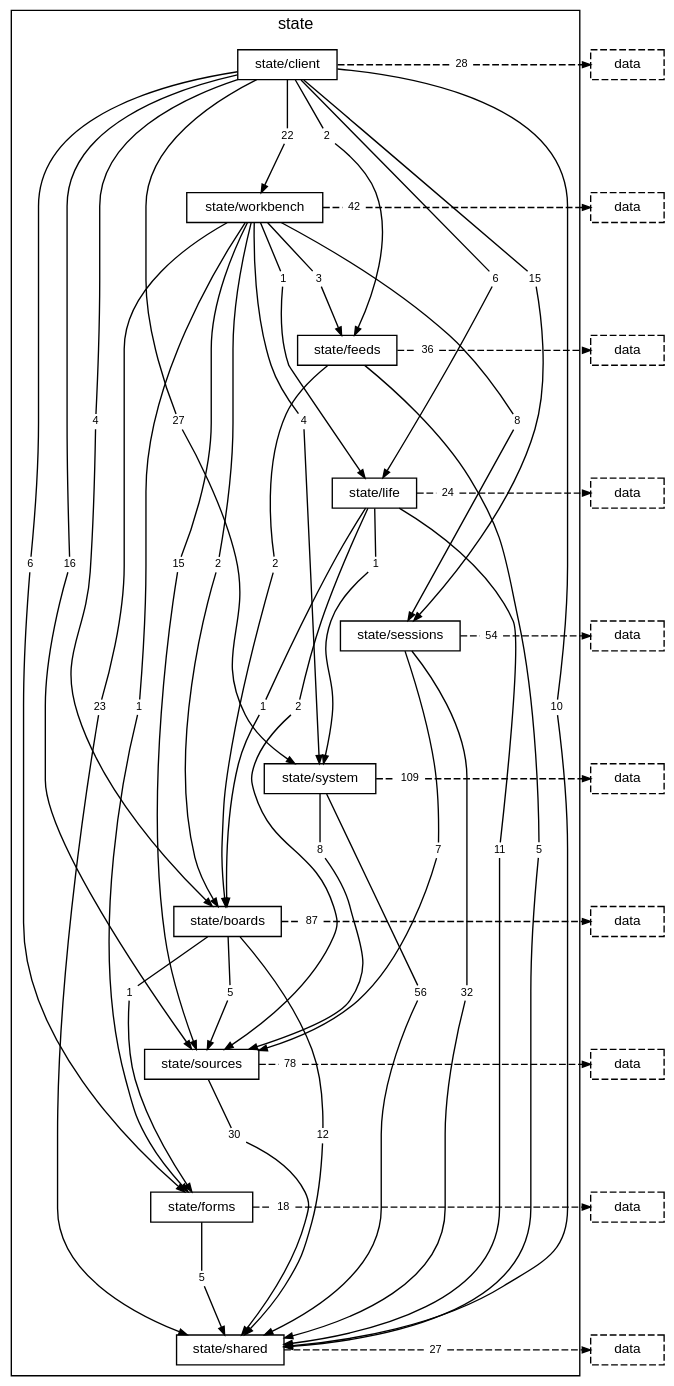
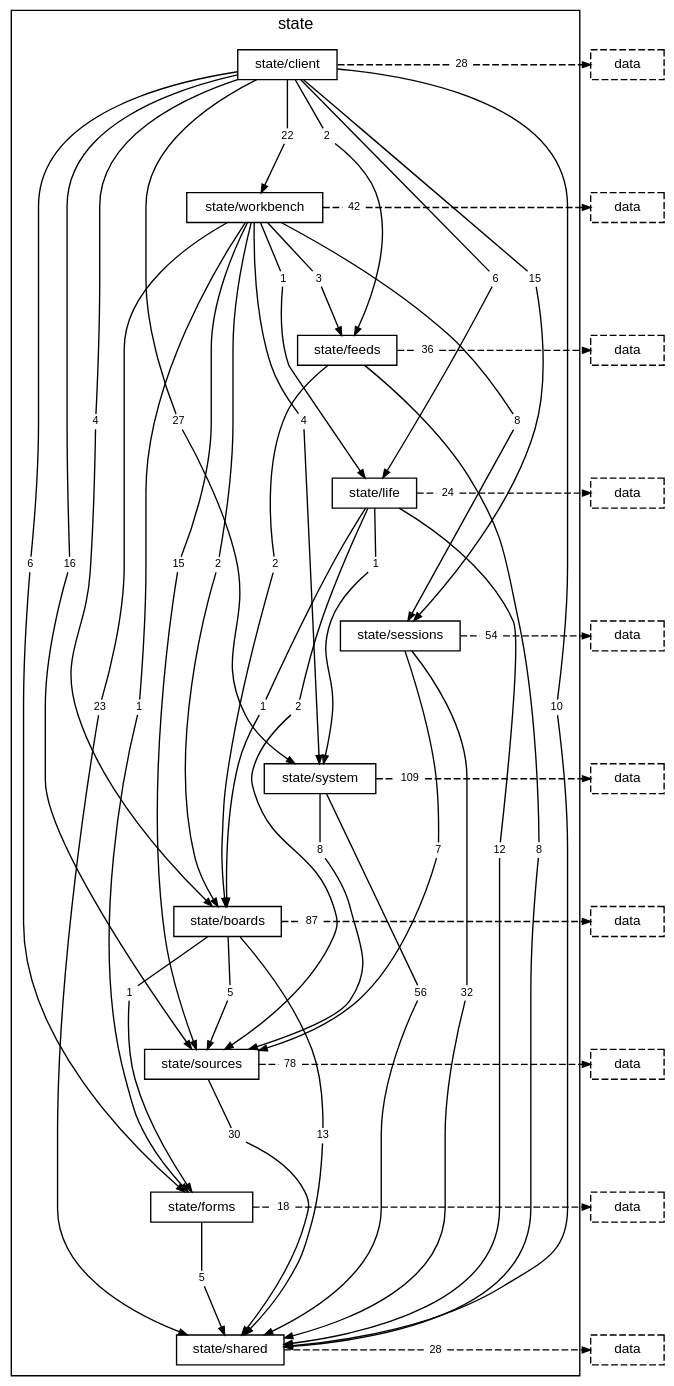
The diagram in docs/diagrams/layer-state.dot (TheAxeC/oculus), drawn with Graphviz before and after one commit. The commit also changed 159 other files, not shown here.

```diff
--- a/docs/diagrams/layer-state.dot
+++ b/docs/diagrams/layer-state.dot
@@ -34,10 +34,10 @@
         "folder state/workbench to folder state/system" [label="4", shape=box, color="transparent", fontsize=8, width=0, height=0, margin="0.04,0.02"];
         "folder state/workbench to layer data" [label="42", shape=box, color="transparent", fontsize=8, width=0, height=0, margin="0.04,0.02"];
         "folder state/feeds to folder state/boards" [label="2", shape=box, color="transparent", fontsize=8, width=0, height=0, margin="0.04,0.02"];
-        "folder state/feeds to folder state/shared" [label="5", shape=box, color="transparent", fontsize=8, width=0, height=0, margin="0.04,0.02"];
+        "folder state/feeds to folder state/shared" [label="8", shape=box, color="transparent", fontsize=8, width=0, height=0, margin="0.04,0.02"];
         "folder state/feeds to layer data" [label="36", shape=box, color="transparent", fontsize=8, width=0, height=0, margin="0.04,0.02"];
         "folder state/life to folder state/boards" [label="1", shape=box, color="transparent", fontsize=8, width=0, height=0, margin="0.04,0.02"];
-        "folder state/life to folder state/shared" [label="11", shape=box, color="transparent", fontsize=8, width=0, height=0, margin="0.04,0.02"];
+        "folder state/life to folder state/shared" [label="12", shape=box, color="transparent", fontsize=8, width=0, height=0, margin="0.04,0.02"];
         "folder state/life to folder state/sources" [label="2", shape=box, color="transparent", fontsize=8, width=0, height=0, margin="0.04,0.02"];
         "folder state/life to folder state/system" [label="1", shape=box, color="transparent", fontsize=8, width=0, height=0, margin="0.04,0.02"];
         "folder state/life to layer data" [label="24", shape=box, color="transparent", fontsize=8, width=0, height=0, margin="0.04,0.02"];
@@ -48,14 +48,14 @@
         "folder state/system to folder state/sources" [label="8", shape=box, color="transparent", fontsize=8, width=0, height=0, margin="0.04,0.02"];
         "folder state/system to layer data" [label="109", shape=box, color="transparent", fontsize=8, width=0, height=0, margin="0.04,0.02"];
         "folder state/boards to folder state/forms" [label="1", shape=box, color="transparent", fontsize=8, width=0, height=0, margin="0.04,0.02"];
-        "folder state/boards to folder state/shared" [label="12", shape=box, color="transparent", fontsize=8, width=0, height=0, margin="0.04,0.02"];
+        "folder state/boards to folder state/shared" [label="13", shape=box, color="transparent", fontsize=8, width=0, height=0, margin="0.04,0.02"];
         "folder state/boards to folder state/sources" [label="5", shape=box, color="transparent", fontsize=8, width=0, height=0, margin="0.04,0.02"];
         "folder state/boards to layer data" [label="87", shape=box, color="transparent", fontsize=8, width=0, height=0, margin="0.04,0.02"];
         "folder state/sources to folder state/shared" [label="30", shape=box, color="transparent", fontsize=8, width=0, height=0, margin="0.04,0.02"];
         "folder state/sources to layer data" [label="78", shape=box, color="transparent", fontsize=8, width=0, height=0, margin="0.04,0.02"];
         "folder state/forms to folder state/shared" [label="5", shape=box, color="transparent", fontsize=8, width=0, height=0, margin="0.04,0.02"];
         "folder state/forms to layer data" [label="18", shape=box, color="transparent", fontsize=8, width=0, height=0, margin="0.04,0.02"];
-        "folder state/shared to layer data" [label="27", shape=box, color="transparent", fontsize=8, width=0, height=0, margin="0.04,0.02"];
+        "folder state/shared to layer data" [label="28", shape=box, color="transparent", fontsize=8, width=0, height=0, margin="0.04,0.02"];
     }
     "layer data from folder state/client" [label="data", style=dashed];
     "layer data from folder state/workbench" [label="data", style=dashed];
```
